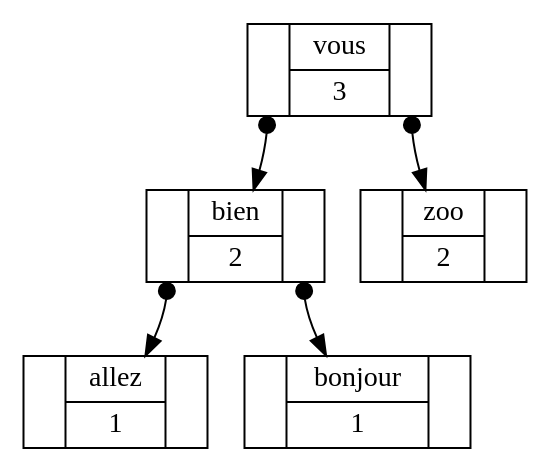
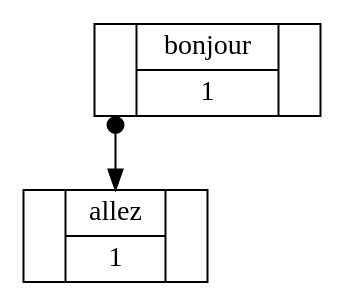
The diagram in data/dot/extracted.dot (yacine20005/ABRnois), drawn with Graphviz before and after one commit. The commit also changed 7 other files, not shown here.

```diff
--- a/data/dot/extracted.dot
+++ b/data/dot/extracted.dot
@@ -1,14 +1,8 @@
 digraph arbre {
     node [shape=record, height=.1]
     edge [tailclip=false, arrowtail=dot, dir=both];
 
-    n0x5634127b02a0 [label="<fg> | {vous | 3} | <fd>"];
-    n0x5634127b02f0 [label="<fg> | {bien | 2} | <fd>"];
-    n0x5634127b0390 [label="<fg> | {allez | 1} | <fd>"];
-    n0x5634127b03e0 [label="<fg> | {bonjour | 1} | <fd>"];
-    n0x5634127b02f0:fg -> n0x5634127b0390;
-    n0x5634127b02f0:fd -> n0x5634127b03e0;
-    n0x5634127b0340 [label="<fg> | {zoo | 2} | <fd>"];
-    n0x5634127b02a0:fg -> n0x5634127b02f0;
-    n0x5634127b02a0:fd -> n0x5634127b0340;
+    n0x606bd3da23e0 [label="<fg> | {bonjour | 1} | <fd>"];
+    n0x606bd3da2390 [label="<fg> | {allez | 1} | <fd>"];
+    n0x606bd3da23e0:fg -> n0x606bd3da2390;
 }
```
